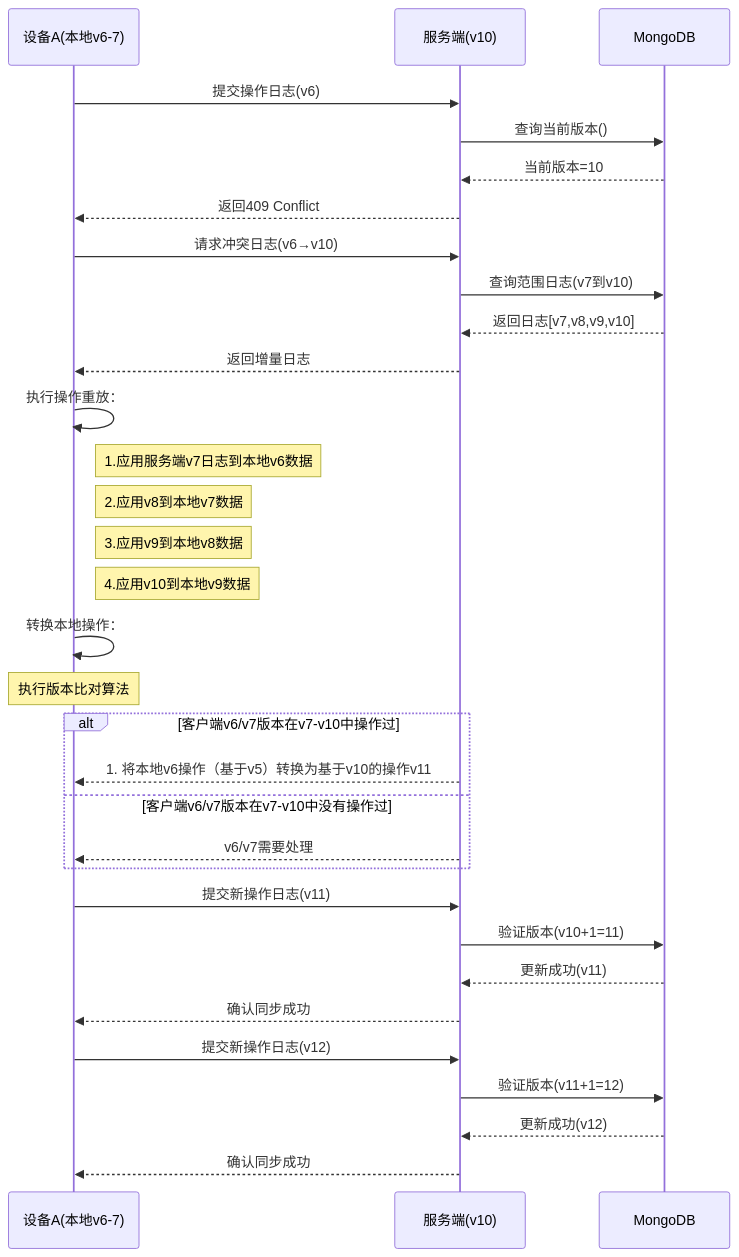
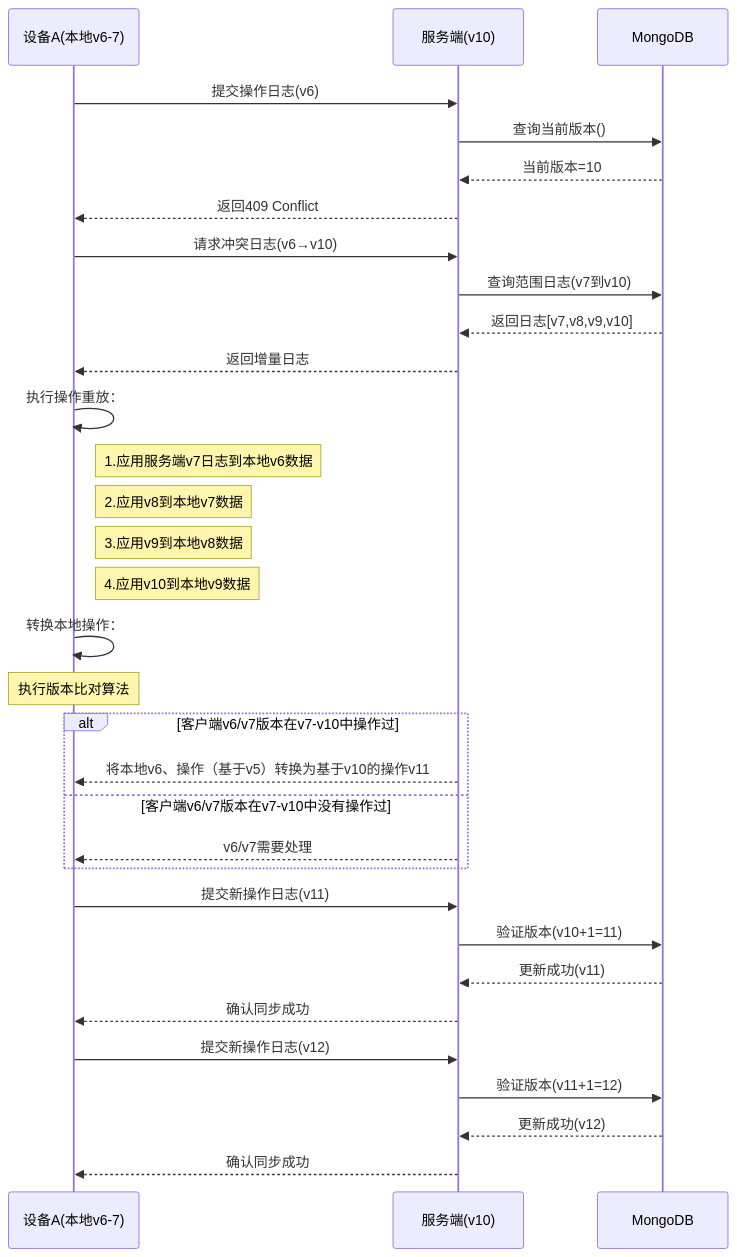
The diagram in all/未命名-26.md (yingjianzh/iodraw-files), drawn with Mermaid before and after one commit.

Commit message:
2025-02-26 16:52:17 update

````diff
--- a/all/未命名-26.md
+++ b/all/未命名-26.md
@@ -1,46 +1,46 @@
 ```mermaid
 sequenceDiagram
     participant A as 设备A(本地v6-7)
     participant S as 服务端(v10)
     participant DB as MongoDB
 
     %% 初始同步尝试
     A->>S: 提交操作日志(v6)
     S->>DB: 查询当前版本()
     DB-->>S: 当前版本=10
     S-->>A: 返回409 Conflict
 
     %% 冲突解决阶段
     A->>S: 请求冲突日志(v6→v10)
     S->>DB: 查询范围日志(v7到v10)
     DB-->>S: 返回日志[v7,v8,v9,v10]
     S-->>A: 返回增量日志
 
 
     %% 本地数据重建
     A->>A: 执行操作重放：
     note right of A: 1.应用服务端v7日志到本地v6数据
     note right of A: 2.应用v8到本地v7数据
     note right of A: 3.应用v9到本地v8数据
     note right of A: 4.应用v10到本地v9数据
 
     %% 本地操作转换
     A->>A: 转换本地操作：
     Note over A: 执行版本比对算法
     alt 客户端v6/v7版本在v7-v10中操作过
-        S-->>A:  1. 将本地v6操作（基于v5）转换为基于v10的操作v11
+        S-->>A: 将本地v6、操作（基于v5）转换为基于v10的操作v11
     else 客户端v6/v7版本在v7-v10中没有操作过
         S-->>A: v6/v7需要处理
     end
 
     %% 重新提交
     A->>S: 提交新操作日志(v11)
     S->>DB: 验证版本(v10+1=11)
     DB-->>S: 更新成功(v11)
     S-->>A: 确认同步成功
 
     A->>S: 提交新操作日志(v12)
     S->>DB: 验证版本(v11+1=12)
     DB-->>S: 更新成功(v12)
     S-->>A: 确认同步成功
 ```
````
